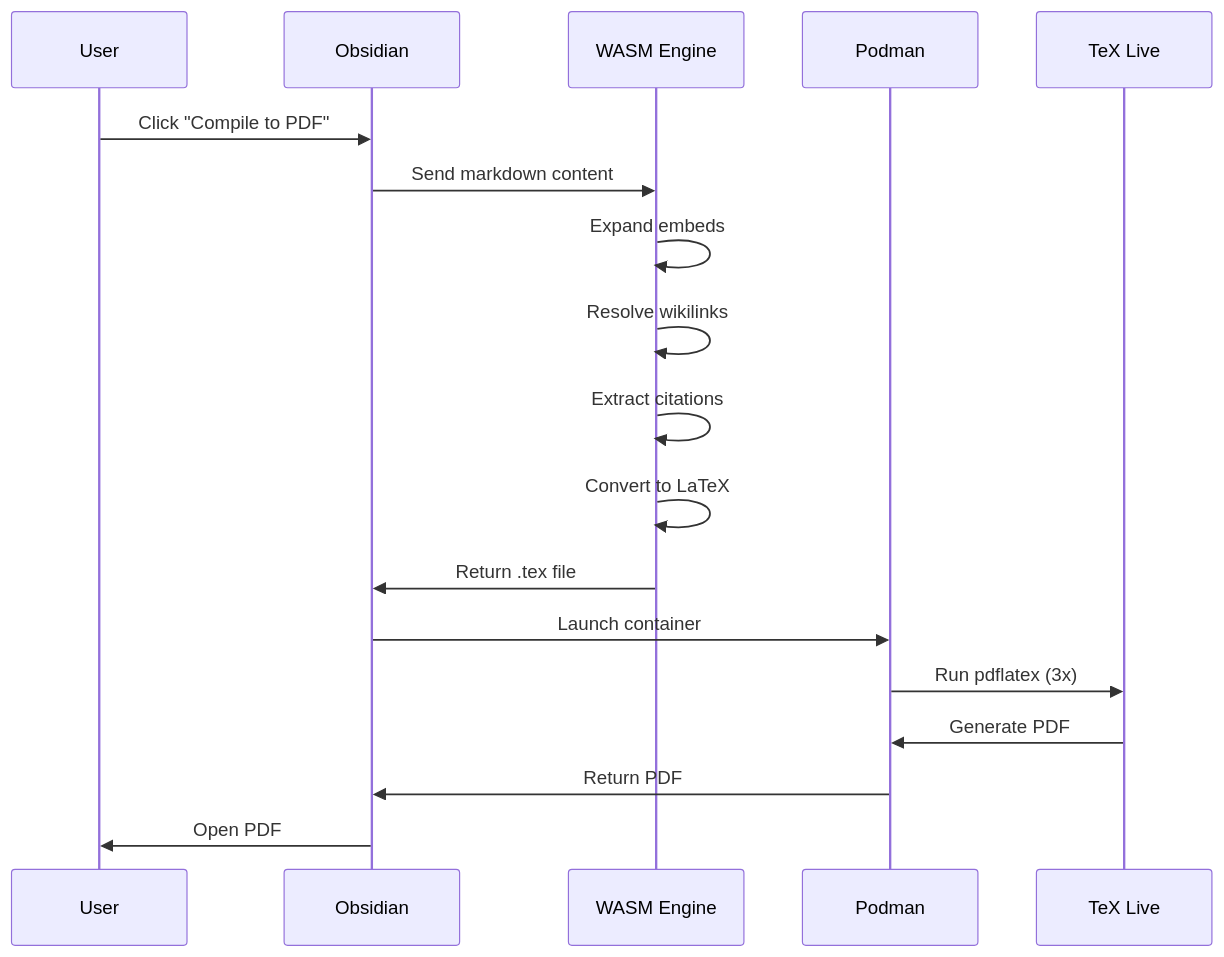
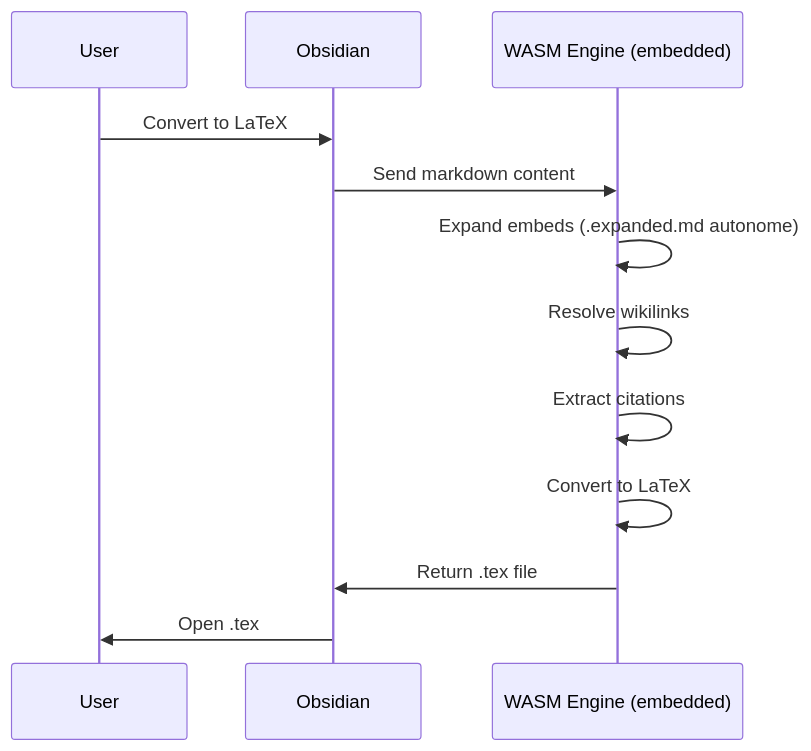
Before and after one commit to dvrch/mergdown2tex: the second of 5 diagrams in docs/reference/architecture.md, drawn with Mermaid. The commit also changed other lines of this file and 17 other files, not shown here.

````diff
--- a/docs/reference/architecture.md
+++ b/docs/reference/architecture.md
@@ -65,21 +73,15 @@
 ```mermaid
 sequenceDiagram
     participant U as User
     participant O as Obsidian
-    participant W as WASM Engine
-    participant P as Podman
-    participant T as TeX Live
+    participant W as WASM Engine (embedded)
 
-    U->>O: Click "Compile to PDF"
+    U->>O: Convert to LaTeX
     O->>W: Send markdown content
-    W->>W: Expand embeds
+    W->>W: Expand embeds (.expanded.md autonome)
     W->>W: Resolve wikilinks
     W->>W: Extract citations
     W->>W: Convert to LaTeX
     W->>O: Return .tex file
-    O->>P: Launch container
-    P->>T: Run pdflatex (3x)
-    T->>P: Generate PDF
-    P->>O: Return PDF
-    O->>U: Open PDF
+    O->>U: Open .tex
 ```
````
